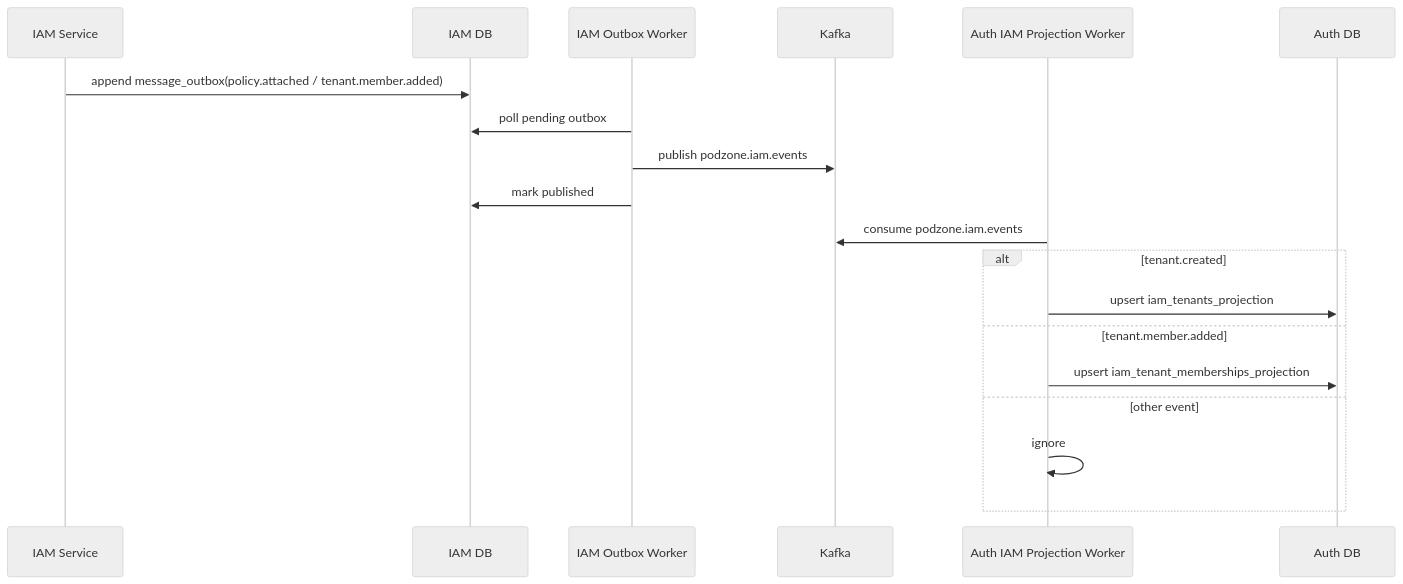
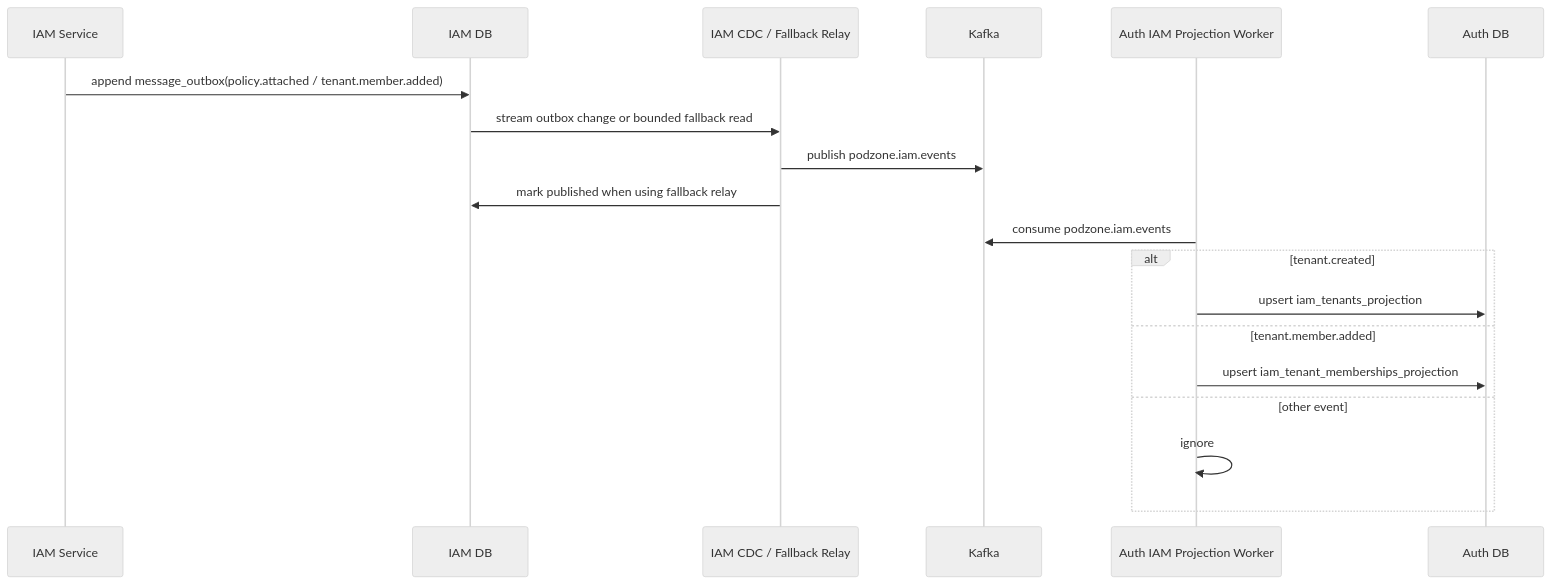
Before and after one commit to tuannm99/podzone: the fifth of 9 diagrams in docs/architecture/sequences.md, drawn with Mermaid (neutral theme). The commit also changed other lines of this file and 15 other files, not shown here.

Commit message:
fix(vibe): cdc connect for outbox streaming

````diff
--- a/docs/architecture/sequences.md
+++ b/docs/architecture/sequences.md
@@ -99,23 +100,23 @@
 ```mermaid
 sequenceDiagram
     participant IAM as IAM Service
     participant IAMDB as IAM DB
-    participant Relay as IAM Outbox Worker
+    participant Relay as IAM CDC / Fallback Relay
     participant Kafka as Kafka
     participant AuthWorker as Auth IAM Projection Worker
     participant AuthDB as Auth DB
 
     IAM->>IAMDB: append message_outbox(policy.attached / tenant.member.added)
-    Relay->>IAMDB: poll pending outbox
+    IAMDB->>Relay: stream outbox change or bounded fallback read
     Relay->>Kafka: publish podzone.iam.events
-    Relay->>IAMDB: mark published
+    Relay->>IAMDB: mark published when using fallback relay
 
     AuthWorker->>Kafka: consume podzone.iam.events
     alt tenant.created
         AuthWorker->>AuthDB: upsert iam_tenants_projection
     else tenant.member.added
         AuthWorker->>AuthDB: upsert iam_tenant_memberships_projection
     else other event
         AuthWorker->>AuthWorker: ignore
     end
 ```
````
